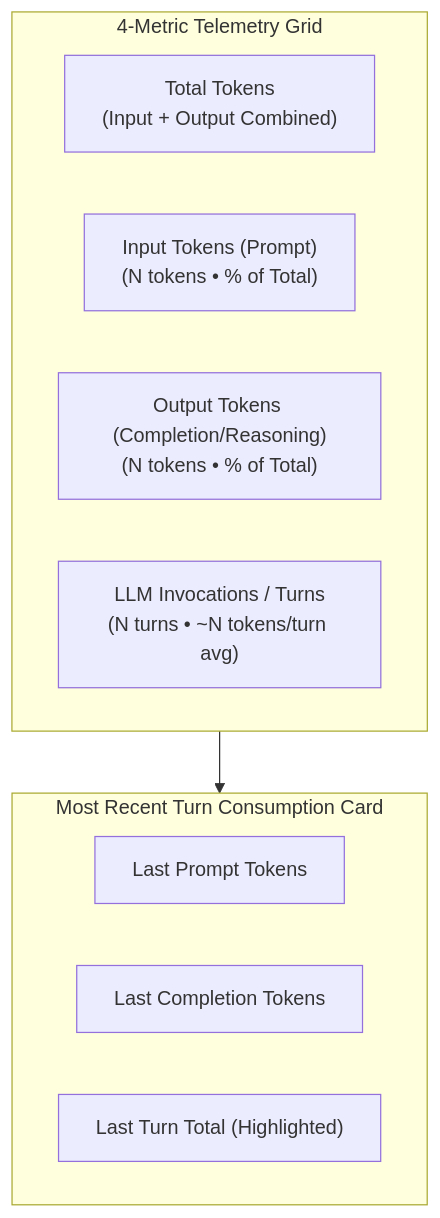
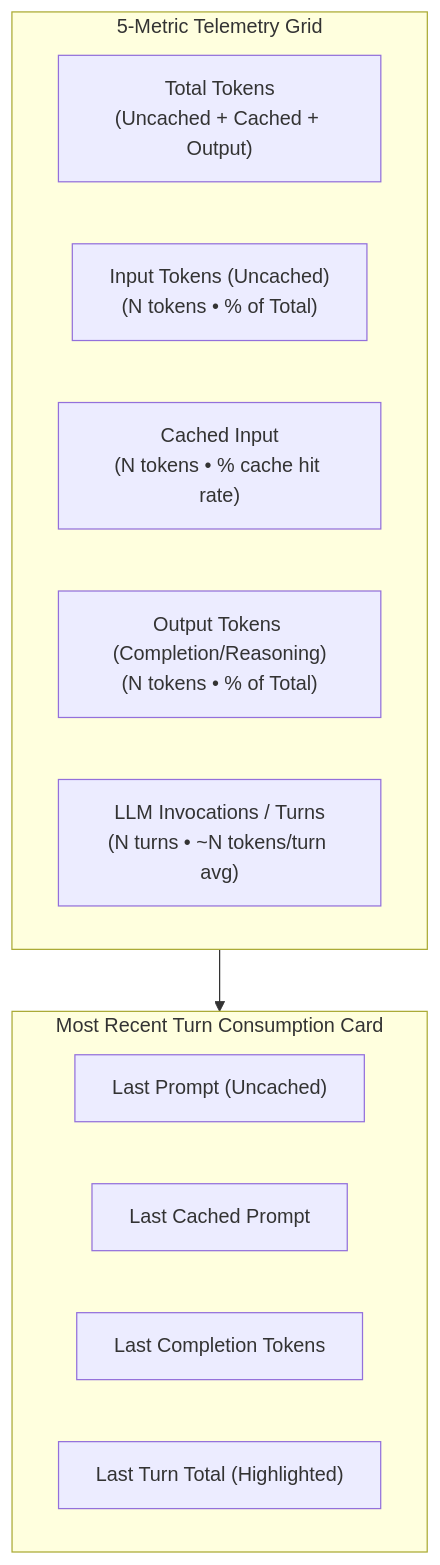
The fifth of 5 diagrams in docs/ui/agent_inspector.md (crestfallnafterdark/nightcurtain), drawn with Mermaid before and after one commit. The commit also changed other lines of this file, not shown here.

Commit message:
docs(ui): cached-token split in the inspector telemetry surfaces
Ticket 5224a4a: 5-metric grid (uncached input, cached input + hit rate, output, total, turns), header Tokens chip shows uncached/cached/output, last-turn card includes Last Cached Prompt and the three-tier total; metrics table documents cachedInputTokens/lastCachedPromptTokens.

````diff
--- a/docs/ui/agent_inspector.md
+++ b/docs/ui/agent_inspector.md
@@ -207,17 +207,19 @@
 ```mermaid
 graph TD
-    subgraph MetricsGrid ["4-Metric Telemetry Grid"]
-        M1["Total Tokens\n(Input + Output Combined)"]
-        M2["Input Tokens (Prompt)\n(N tokens • % of Total)"]
-        M3["Output Tokens (Completion/Reasoning)\n(N tokens • % of Total)"]
-        M4["LLM Invocations / Turns\n(N turns • ~N tokens/turn avg)"]
+    subgraph MetricsGrid ["5-Metric Telemetry Grid"]
+        M1["Total Tokens\n(Uncached + Cached + Output)"]
+        M2["Input Tokens (Uncached)\n(N tokens • % of Total)"]
+        M3["Cached Input\n(N tokens • % cache hit rate)"]
+        M4["Output Tokens (Completion/Reasoning)\n(N tokens • % of Total)"]
+        M5["LLM Invocations / Turns\n(N turns • ~N tokens/turn avg)"]
     end
 
     subgraph LastTurnCard ["Most Recent Turn Consumption Card"]
-        LT1["Last Prompt Tokens"]
-        LT2["Last Completion Tokens"]
-        LT3["Last Turn Total (Highlighted)"]
+        LT1["Last Prompt (Uncached)"]
+        LT2["Last Cached Prompt"]
+        LT3["Last Completion Tokens"]
+        LT4["Last Turn Total (Highlighted)"]
     end
 
     MetricsGrid --> LastTurnCard
 ```
````
